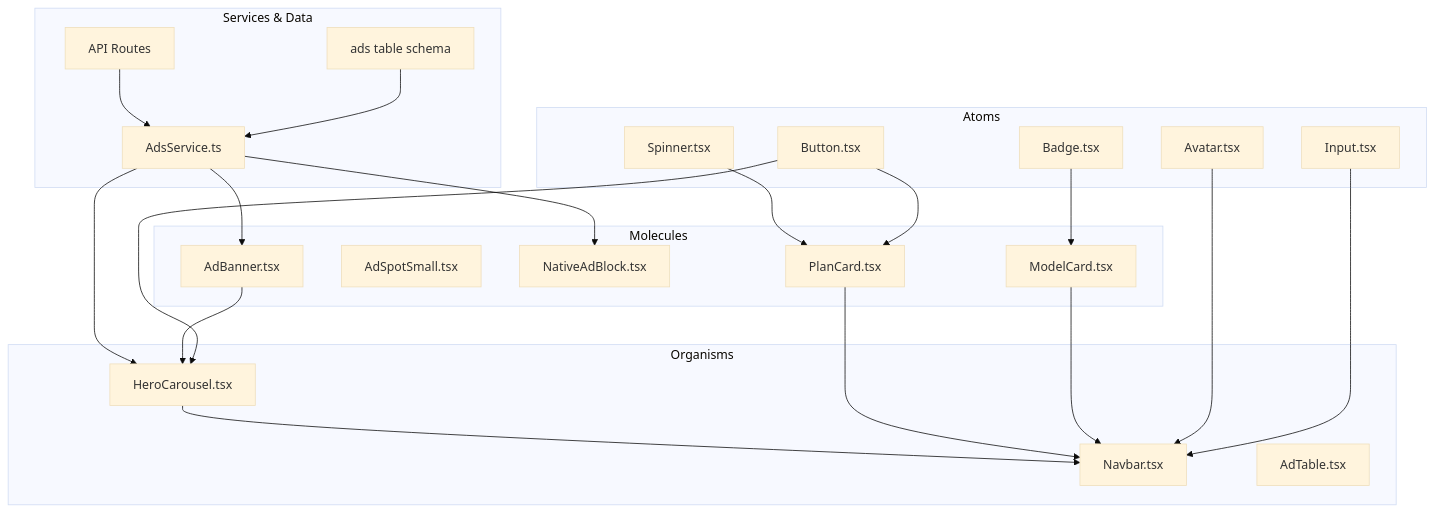
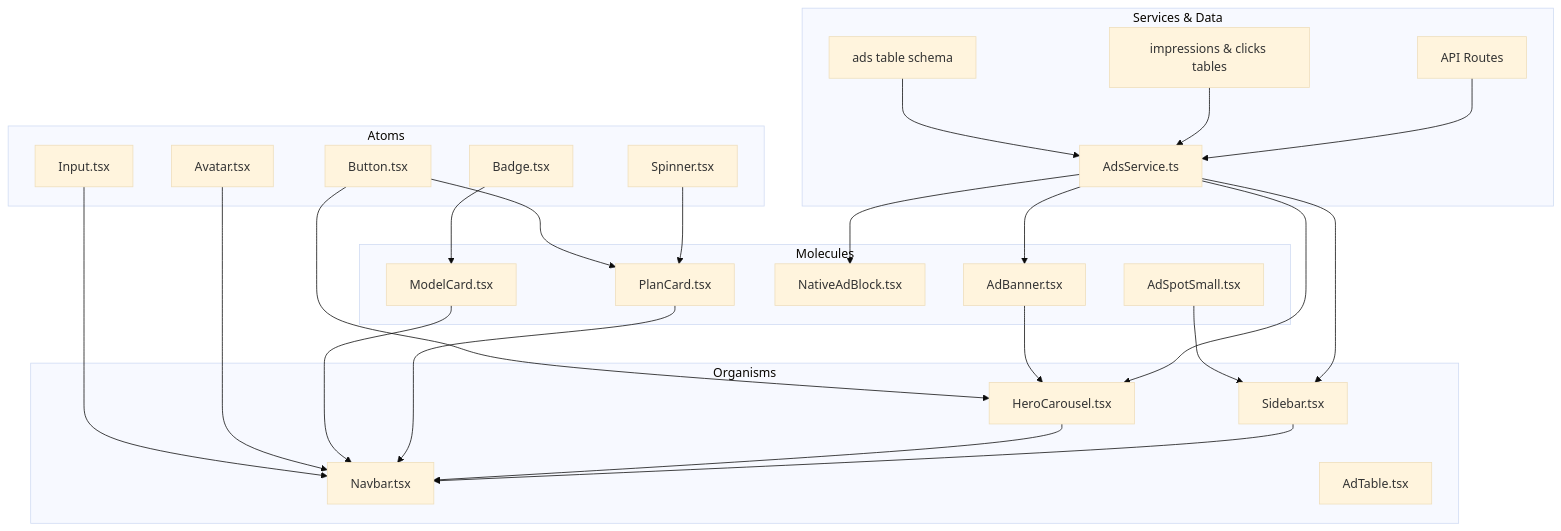
One commit to eromedrive2tb-gif/Avitrine changed the first of 19 diagrams in .qoder/repowiki/en/content/UI Component System/UI Component System.md. Above: the diagram before and after it, drawn with Mermaid (base theme). The commit also changed other lines of this file and 18 other files, not shown here.

````diff
--- a/.qoder/repowiki/en/content/UI Component System/UI Component System.md
+++ b/.qoder/repowiki/en/content/UI Component System/UI Component System.md
@@ -68,42 +73,48 @@
 ```mermaid
 graph TB
 subgraph "Atoms"
 A_Button["Button.tsx"]
 A_Input["Input.tsx"]
 A_Avatar["Avatar.tsx"]
 A_Badge["Badge.tsx"]
 A_Spinner["Spinner.tsx"]
 end
 subgraph "Molecules"
 M_AdBanner["AdBanner.tsx"]
 M_AdSpotSmall["AdSpotSmall.tsx"]
 M_NativeAdBlock["NativeAdBlock.tsx"]
 M_ModelCard["ModelCard.tsx"]
 M_PlanCard["PlanCard.tsx"]
 end
 subgraph "Organisms"
 O_Navbar["Navbar.tsx"]
 O_Hero["HeroCarousel.tsx"]
 O_AdTable["AdTable.tsx"]
+O_Sidebar["Sidebar.tsx"]
 end
 subgraph "Services & Data"
 S_AdsService["AdsService.ts"]
 DB_Ads["ads table schema"]
+DB_Tracking["impressions & clicks tables"]
 API_Routes["API Routes"]
 end
 A_Button --> M_PlanCard
 A_Button --> O_Hero
 A_Input --> O_Navbar
 A_Avatar --> O_Navbar
 A_Badge --> M_ModelCard
 A_Spinner --> M_PlanCard
 M_AdBanner --> O_Hero
+M_AdSpotSmall --> O_Sidebar
 M_ModelCard --> O_Navbar
 M_PlanCard --> O_Navbar
 O_Hero --> O_Navbar
+O_Sidebar --> O_Navbar
 S_AdsService --> M_AdBanner
 S_AdsService --> O_Hero
 S_AdsService --> M_NativeAdBlock
+S_AdsService --> O_Sidebar
 DB_Ads --> S_AdsService
+DB_Tracking --> S_AdsService
 API_Routes --> S_AdsService
 ```
````
